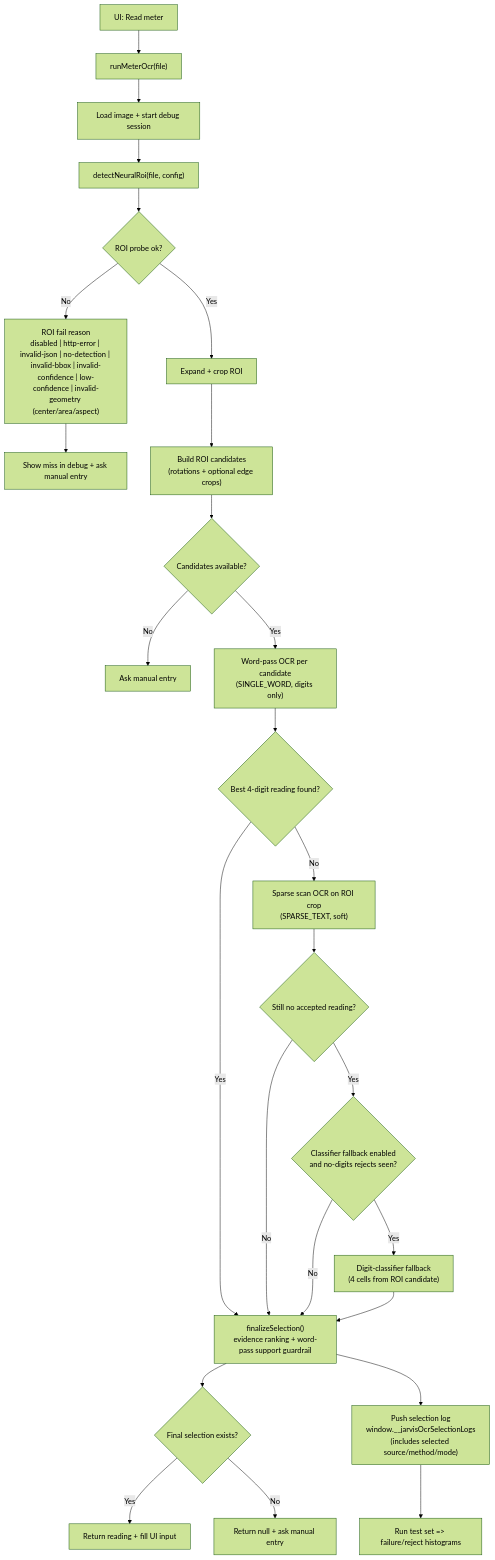
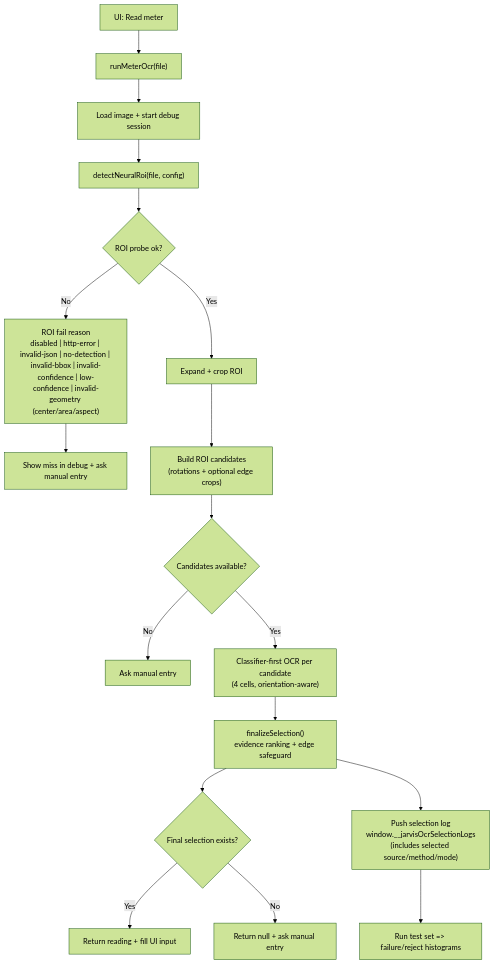
Before and after one commit to AndreaPi/Jarvis: the diagram in docs/app-logic.md, drawn with Mermaid (forest theme). The commit also changed other lines of this file and 4 other files, not shown here.

Commit message:
docs(ocr): update docs for neural-digit-only pipeline

````diff
--- a/docs/app-logic.md
+++ b/docs/app-logic.md
@@ -7,33 +7,24 @@
 ```mermaid
 flowchart TD
   A["UI: Read meter"] --> B["runMeterOcr(file)"]
   B --> C["Load image + start debug session"]
   C --> D["detectNeuralRoi(file, config)"]
   D --> E{"ROI probe ok?"}
 
   E -- "No" --> F["ROI fail reason<br/>disabled | http-error | invalid-json | no-detection | invalid-bbox | invalid-confidence | low-confidence | invalid-geometry (center/area/aspect)"]
   F --> G["Show miss in debug + ask manual entry"]
 
   E -- "Yes" --> H["Expand + crop ROI"]
   H --> I["Build ROI candidates<br/>(rotations + optional edge crops)"]
   I --> J{"Candidates available?"}
   J -- "No" --> K["Ask manual entry"]
-  J -- "Yes" --> L["Word-pass OCR per candidate<br/>(SINGLE_WORD, digits only)"]
-
-  L --> M{"Best 4-digit reading found?"}
-  M -- "No" --> N["Sparse scan OCR on ROI crop<br/>(SPARSE_TEXT, soft)"]
-  M -- "Yes" --> O["finalizeSelection()<br/>evidence ranking + word-pass support guardrail"]
-  N --> N2{"Still no accepted reading?"}
-  N2 -- "No" --> O
-  N2 -- "Yes" --> N3{"Classifier fallback enabled<br/>and no-digits rejects seen?"}
-  N3 -- "No" --> O
-  N3 -- "Yes" --> N4["Digit-classifier fallback<br/>(4 cells from ROI candidate)"]
-  N4 --> O
+  J -- "Yes" --> L["Classifier-first OCR per candidate<br/>(4 cells, orientation-aware)"]
+  L --> O["finalizeSelection()<br/>evidence ranking + edge safeguard"]
 
   O --> P{"Final selection exists?"}
   P -- "Yes" --> Q["Return reading + fill UI input"]
   P -- "No" --> R["Return null + ask manual entry"]
 
   O --> S["Push selection log<br/>window.__jarvisOcrSelectionLogs<br/>(includes selected source/method/mode)"]
   S --> T["Run test set => failure/reject histograms"]
 ```
````
